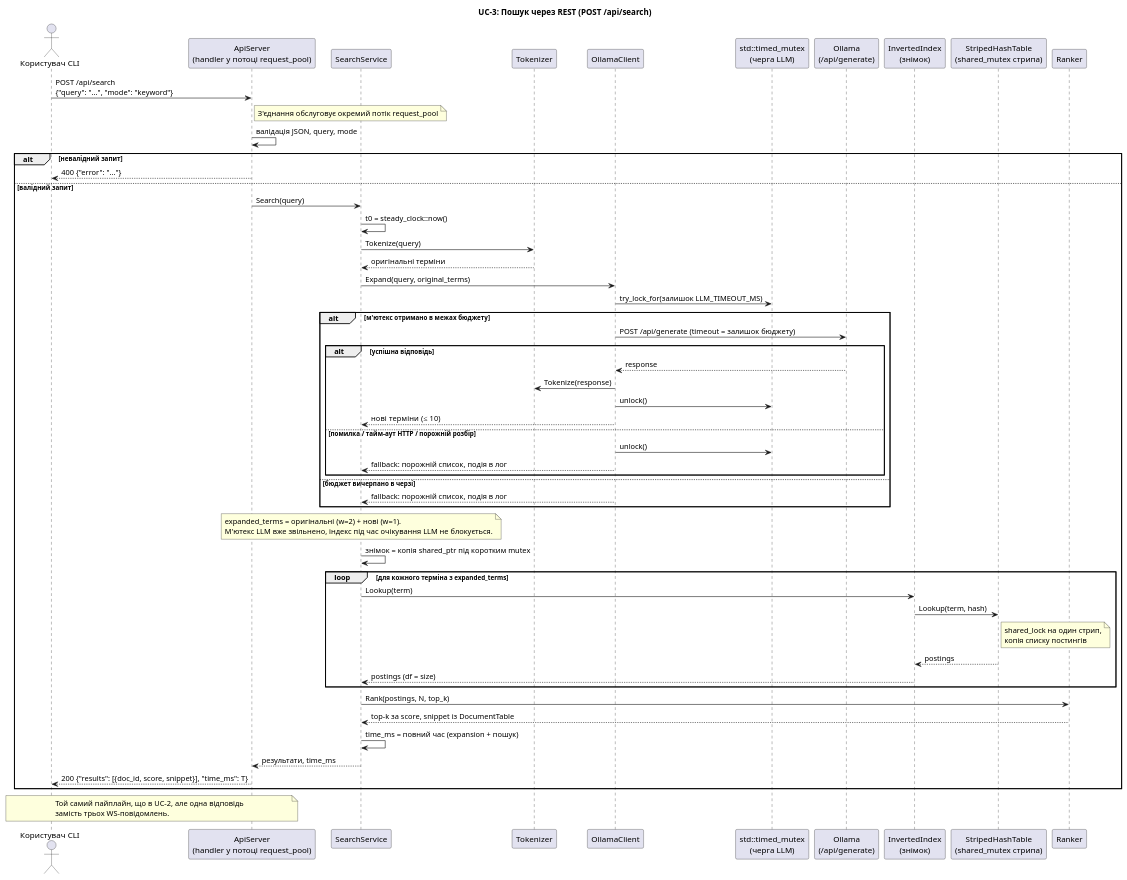
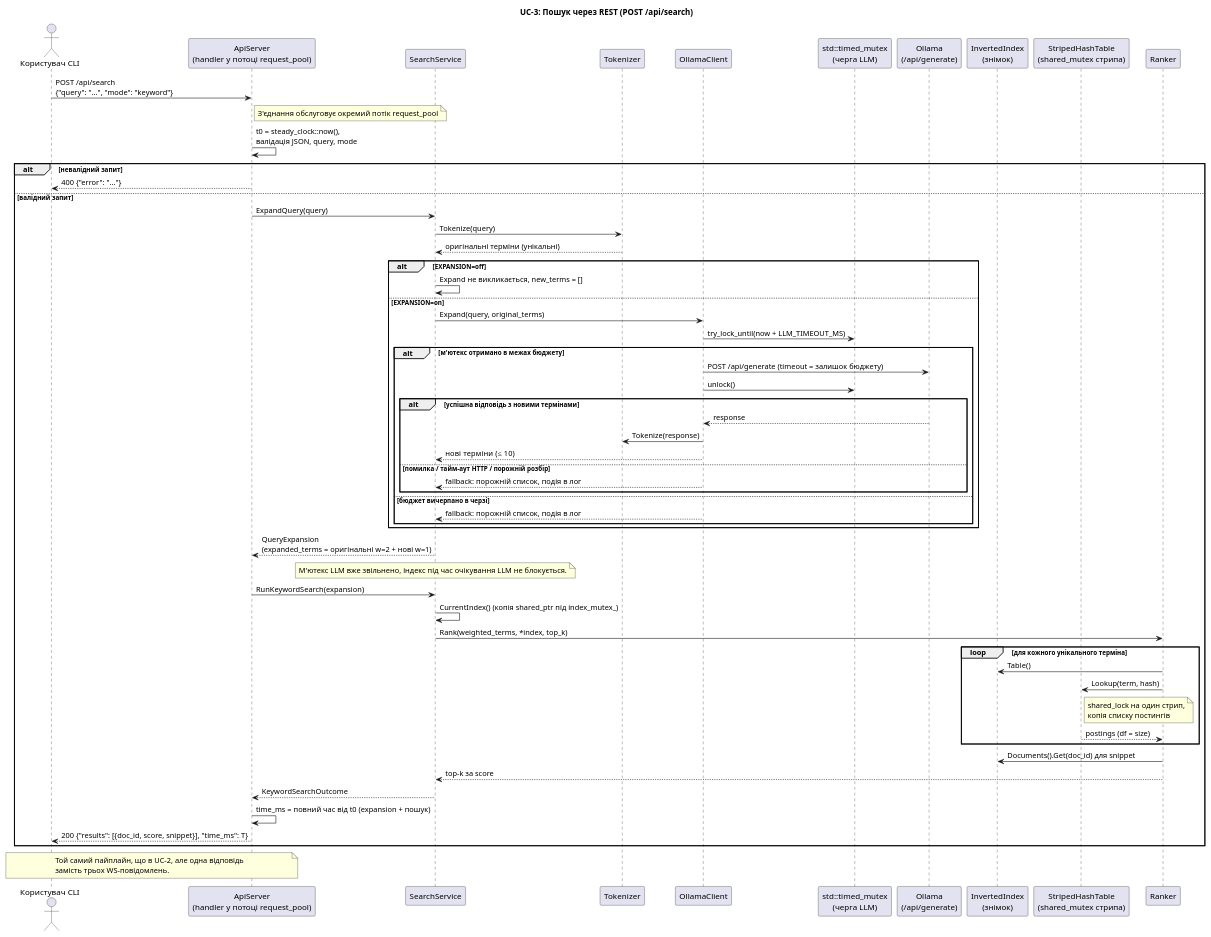
The diagram in docs/uml/sequence_uc3_rest_search.puml (DariaMelnyk0206/course_work_parallel_computing), drawn with PlantUML before and after one commit. The commit also changed 7 other files, not shown here.

Commit message:
docs(uml): update class and sequence diagrams to final code

```diff
--- a/docs/uml/sequence_uc3_rest_search.puml
+++ b/docs/uml/sequence_uc3_rest_search.puml
@@ -1,65 +1,68 @@
 @startuml sequence_uc3_rest_search
 title UC-3: Пошук через REST (POST /api/search)
 skinparam responseMessageBelowArrow true
 actor "Користувач CLI" as Cli
 participant "ApiServer\n(handler у потоці request_pool)" as Api
 participant "SearchService" as Svc
 participant "Tokenizer" as Tok
 participant "OllamaClient" as Ollama
 participant "std::timed_mutex\n(черга LLM)" as Mtx
 participant "Ollama\n(/api/generate)" as Llm
 participant "InvertedIndex\n(знімок)" as Idx
 participant "StripedHashTable\n(shared_mutex стрипа)" as Tbl
 participant "Ranker" as Rank
 
 Cli -> Api : POST /api/search\n{"query": "...", "mode": "keyword"}
 note right of Api
   З'єднання обслуговує окремий потік request_pool
 end note
-Api -> Api : валідація JSON, query, mode
+Api -> Api : t0 = steady_clock::now(),\nвалідація JSON, query, mode
 alt невалідний запит
   Api --> Cli : 400 {"error": "..."}
 else валідний запит
-  Api -> Svc : Search(query)
-  Svc -> Svc : t0 = steady_clock::now()
+  Api -> Svc : ExpandQuery(query)
   Svc -> Tok : Tokenize(query)
-  Tok --> Svc : оригінальні терміни
-  Svc -> Ollama : Expand(query, original_terms)
-  Ollama -> Mtx : try_lock_for(залишок LLM_TIMEOUT_MS)
-  alt м'ютекс отримано в межах бюджету
-    Ollama -> Llm : POST /api/generate (timeout = залишок бюджету)
-    alt успішна відповідь
-      Llm --> Ollama : response
-      Ollama -> Tok : Tokenize(response)
+  Tok --> Svc : оригінальні терміни (унікальні)
+  alt EXPANSION=off
+    Svc -> Svc : Expand не викликається, new_terms = []
+  else EXPANSION=on
+    Svc -> Ollama : Expand(query, original_terms)
+    Ollama -> Mtx : try_lock_until(now + LLM_TIMEOUT_MS)
+    alt м'ютекс отримано в межах бюджету
+      Ollama -> Llm : POST /api/generate (timeout = залишок бюджету)
       Ollama -> Mtx : unlock()
-      Ollama --> Svc : нові терміни (≤ 10)
-    else помилка / тайм-аут HTTP / порожній розбір
-      Ollama -> Mtx : unlock()
+      alt успішна відповідь з новими термінами
+        Llm --> Ollama : response
+        Ollama -> Tok : Tokenize(response)
+        Ollama --> Svc : нові терміни (≤ 10)
+      else помилка / тайм-аут HTTP / порожній розбір
+        Ollama --> Svc : fallback: порожній список, подія в лог
+      end
+    else бюджет вичерпано в черзі
       Ollama --> Svc : fallback: порожній список, подія в лог
     end
-  else бюджет вичерпано в черзі
-    Ollama --> Svc : fallback: порожній список, подія в лог
   end
+  Svc --> Api : QueryExpansion\n(expanded_terms = оригінальні w=2 + нові w=1)
   note over Svc
-    expanded_terms = оригінальні (w=2) + нові (w=1).
     М'ютекс LLM вже звільнено, індекс під час очікування LLM не блокується.
   end note
-  Svc -> Svc : знімок = копія shared_ptr під коротким mutex
-  loop для кожного терміна з expanded_terms
-    Svc -> Idx : Lookup(term)
-    Idx -> Tbl : Lookup(term, hash)
+  Api -> Svc : RunKeywordSearch(expansion)
+  Svc -> Svc : CurrentIndex() (копія shared_ptr під index_mutex_)
+  Svc -> Rank : Rank(weighted_terms, *index, top_k)
+  loop для кожного унікального терміна
+    Rank -> Idx : Table()
+    Rank -> Tbl : Lookup(term, hash)
     note right of Tbl : shared_lock на один стрип,\nкопія списку постингів
-    Tbl --> Idx : postings
-    Idx --> Svc : postings (df = size)
+    Tbl --> Rank : postings (df = size)
   end
-  Svc -> Rank : Rank(postings, N, top_k)
-  Rank --> Svc : top-k за score, snippet із DocumentTable
-  Svc -> Svc : time_ms = повний час (expansion + пошук)
-  Svc --> Api : результати, time_ms
+  Rank -> Idx : Documents().Get(doc_id) для snippet
+  Rank --> Svc : top-k за score
+  Svc --> Api : KeywordSearchOutcome
+  Api -> Api : time_ms = повний час від t0 (expansion + пошук)
   Api --> Cli : 200 {"results": [{doc_id, score, snippet}], "time_ms": T}
 end
 note over Cli, Api
   Той самий пайплайн, що в UC-2, але одна відповідь
   замість трьох WS-повідомлень.
 end note
 @enduml
```
